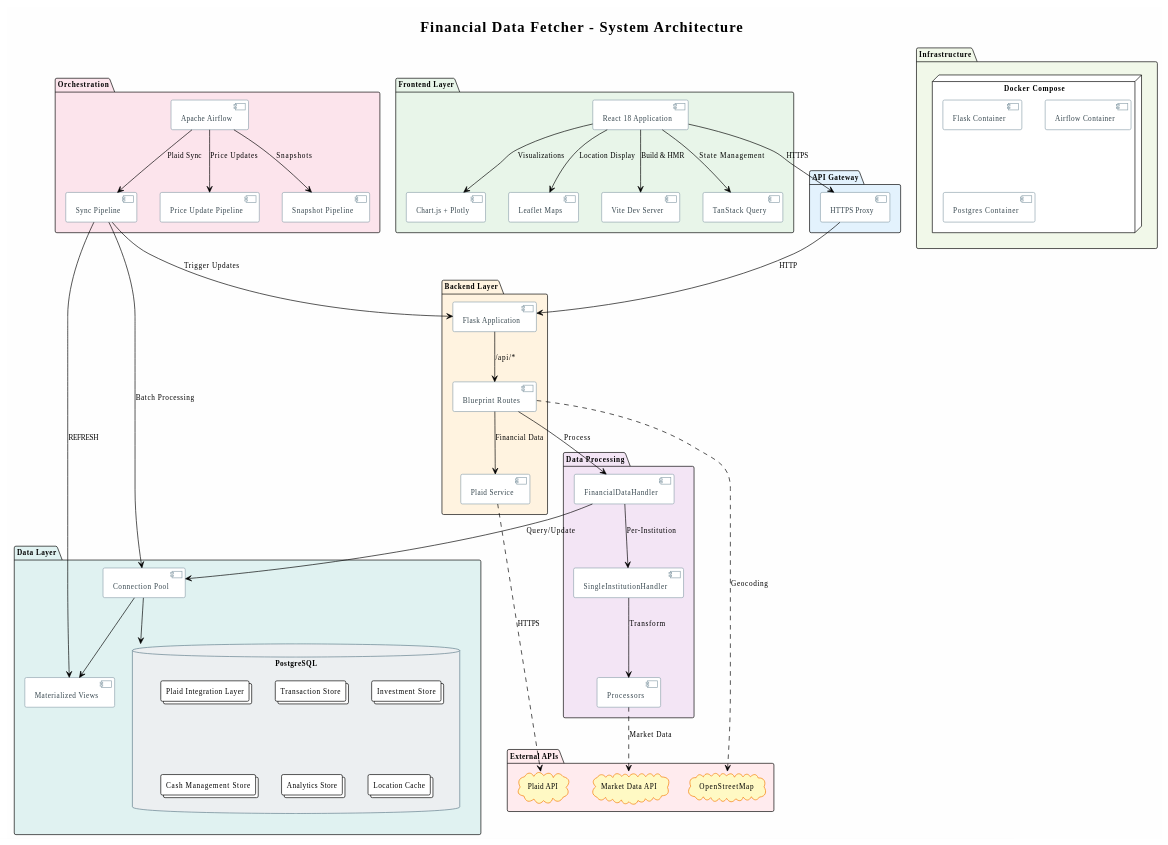
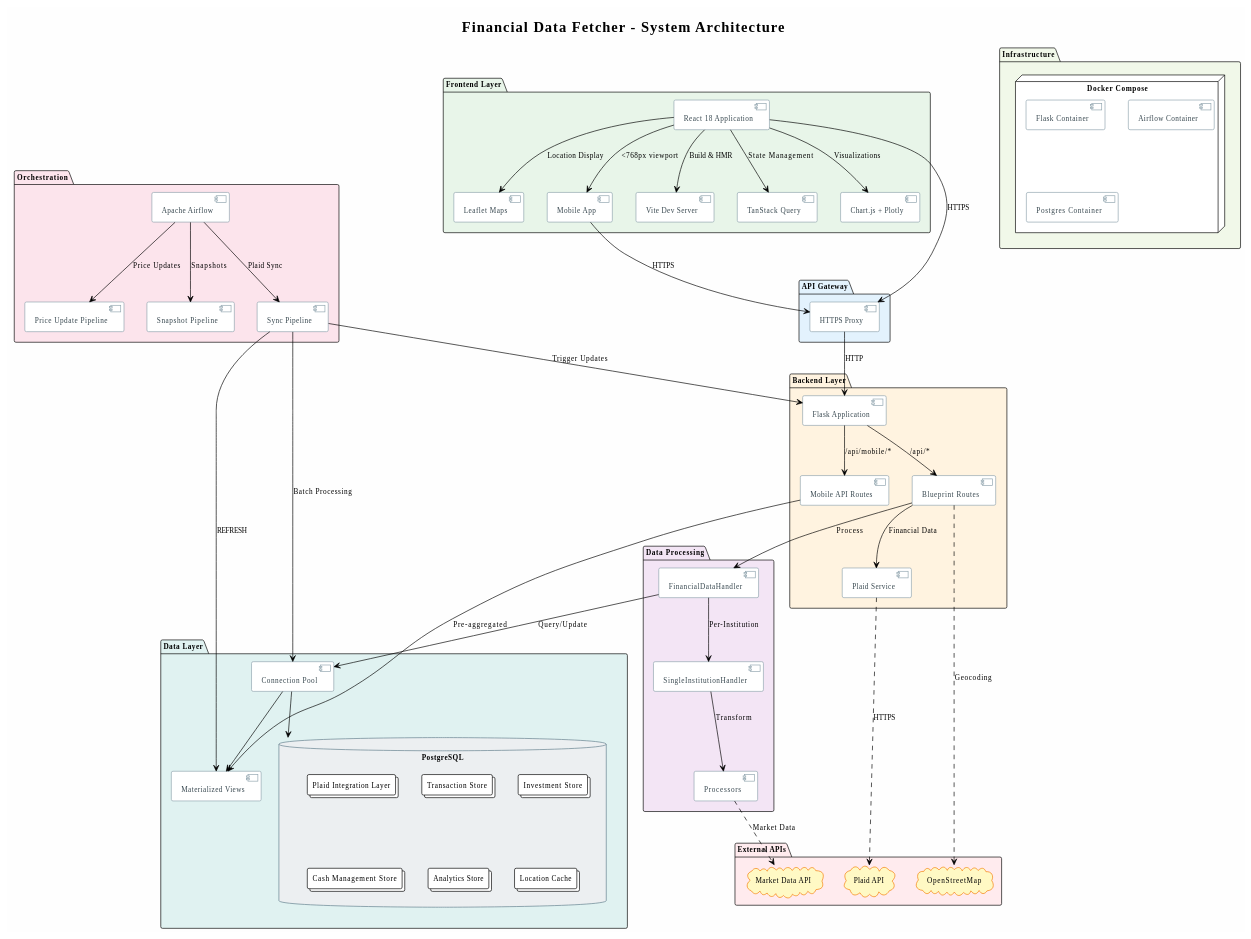
Before and after one commit to m-dur/docs: the first of 2 diagrams in README.md, drawn with PlantUML. The commit also changed other lines of this file and 1 other file, not shown here.

First line of the commit message:
docs: Add mobile app v3.0.0, token encryption, and architecture updates

```diff
--- a/README.md
+++ b/README.md
@@ -27,6 +27,7 @@
 
 package "Frontend Layer" #E8F5E9 {
   [React 18 Application] as React
+  [Mobile App] as Mobile
   [Vite Dev Server] as Vite
   [TanStack Query] as Query
   [Chart.js + Plotly] as Charts
@@ -35,6 +36,7 @@
   React --> Vite : Build & HMR
   React --> Charts : Visualizations
   React --> Maps : Location Display
+  React --> Mobile : <768px viewport
 }
 
 package "API Gateway" #E3F2FD {
@@ -44,8 +46,10 @@
 package "Backend Layer" #FFF3E0 {
   [Flask Application] as Flask
   [Blueprint Routes] as Routes
+  [Mobile API Routes] as MobileRoutes
   [Plaid Service] as PlaidSvc
   Flask --> Routes : /api/*
+  Flask --> MobileRoutes : /api/mobile/*
   Routes --> PlaidSvc : Financial Data
 }
 
@@ -102,8 +106,10 @@
 
 ' Connections
 React --> Proxy : HTTPS
+Mobile --> Proxy : HTTPS
 Proxy --> Flask : HTTP
 Routes --> FDH : Process
+MobileRoutes --> MatViews : Pre-aggregated
 FDH --> Pool : Query/Update
 DAG1 --> Pool : Batch Processing
 DAG1 --> MatViews : REFRESH
```
